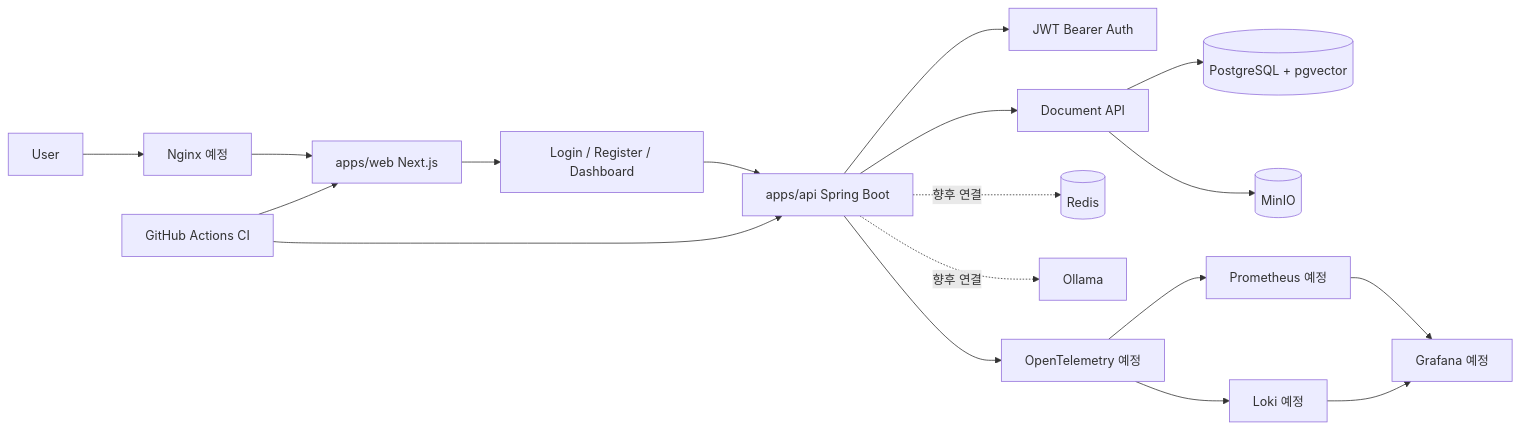
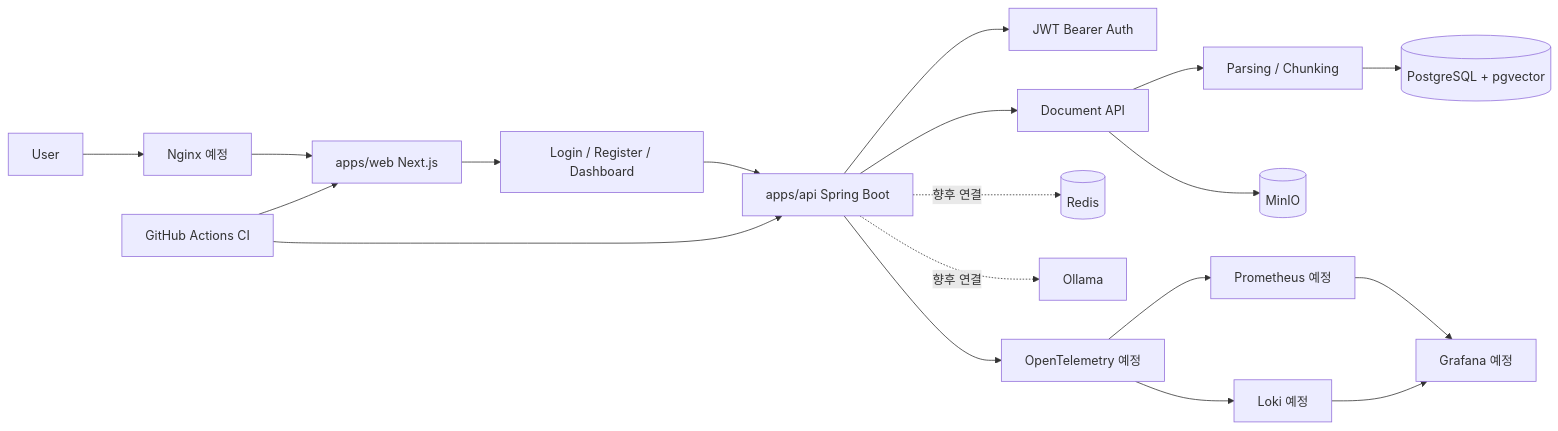
Before and after one commit to jhjung3072/assistops-free: the diagram in docs/architecture.md, drawn with Mermaid. The commit also changed other lines of this file and 32 other files, not shown here.

````diff
--- a/docs/architecture.md
+++ b/docs/architecture.md
@@ -21,20 +22,21 @@
 ```mermaid
 flowchart LR
   user[User] --> nginx[Nginx 예정]
   nginx --> web[apps/web Next.js]
   web --> authUi[Login / Register / Dashboard]
   authUi --> api[apps/api Spring Boot]
   api --> auth[JWT Bearer Auth]
   api --> documents[Document API]
-  documents --> postgres[(PostgreSQL + pgvector)]
+  documents --> parsing[Parsing / Chunking]
+  parsing --> postgres[(PostgreSQL + pgvector)]
   documents --> minio[(MinIO)]
   api -. 향후 연결 .-> redis[(Redis)]
   api -. 향후 연결 .-> ollama[Ollama]
   api --> otel[OpenTelemetry 예정]
   otel --> prometheus[Prometheus 예정]
   otel --> loki[Loki 예정]
   prometheus --> grafana[Grafana 예정]
   loki --> grafana
   github[GitHub Actions CI] --> web
   github --> api
 ```
````
